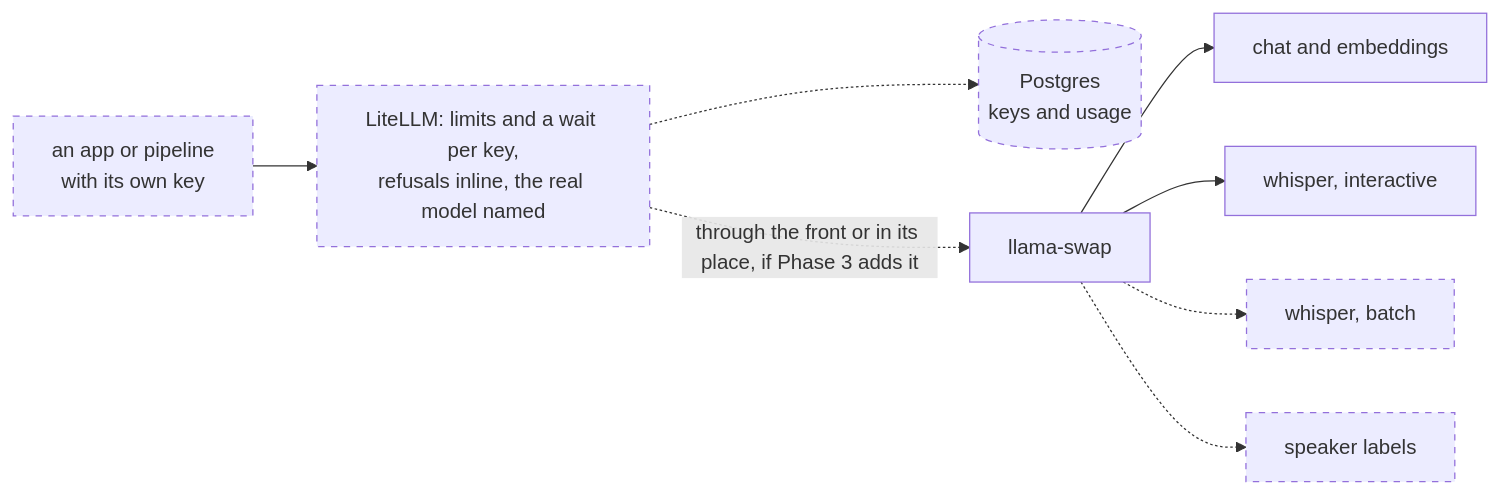
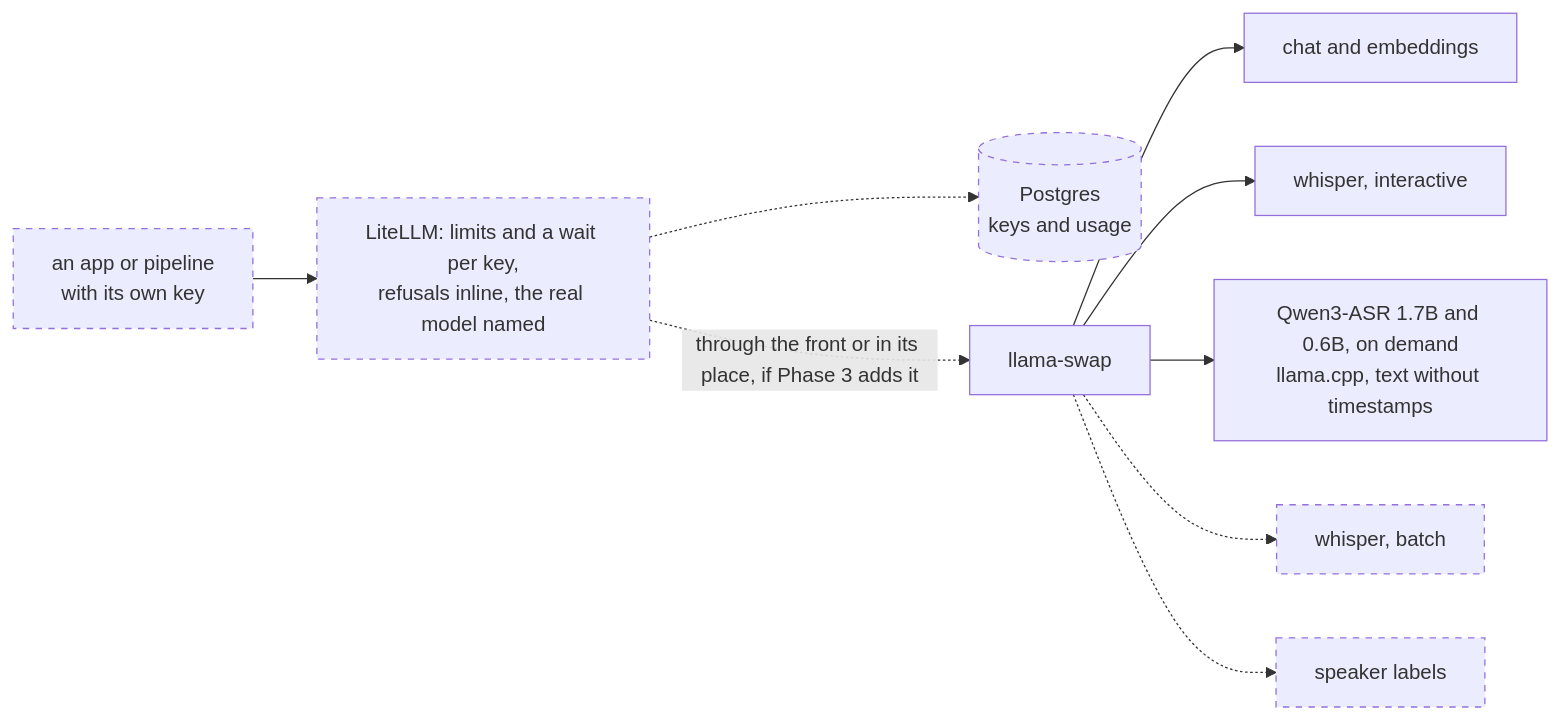
The fourth of 4 diagrams in website/architecture.qmd (chendaniely/local-ai), drawn with Mermaid before and after one commit. The commit also changed other lines of this file and 11 other files, not shown here.

Commit message:
feat(stack): 🤖 Qwen3-ASR 1.7B and 0.6B on demand on llama.cpp, each at 32K and 64K, whisper keeping stt

````diff
--- a/website/architecture.qmd
+++ b/website/architecture.qmd
@@ -252,12 +252,13 @@
 ```{mermaid}
 flowchart LR
   classDef planned stroke-dasharray: 5 5
 
   app["an app or pipeline<br/>with its own key"]:::planned --> litellm["LiteLLM: limits and a wait per key,<br/>refusals inline, the real model named"]:::planned
   litellm -.-> pg[("Postgres<br/>keys and usage")]:::planned
   litellm -. "through the front or in its place, if Phase 3 adds it" .-> swap["llama-swap"]
   swap --> chat["chat and embeddings"]
   swap --> stt["whisper, interactive"]
+  swap --> asr["Qwen3-ASR 1.7B and 0.6B, on demand<br/>llama.cpp, text without timestamps"]
   swap -.-> batch["whisper, batch"]:::planned
   swap -.-> diar["speaker labels"]:::planned
 ```
````
